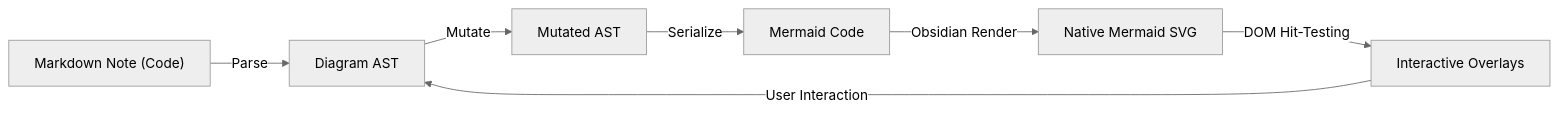
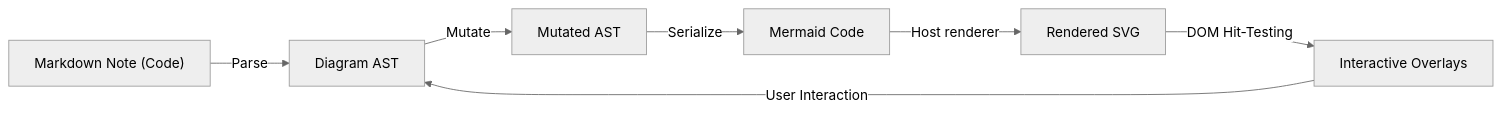
Before and after one commit to dev-hashemi/merlay: the diagram in ARCHITECTURE.md, drawn with Mermaid (neutral theme). The commit also changed other lines of this file and 4 other files, not shown here.

Commit message:
docs: clarify diagram support and summarize known issues

````diff
--- a/ARCHITECTURE.md
+++ b/ARCHITECTURE.md
@@ -18,9 +18,9 @@
 ```mermaid
 flowchart LR
     MD["Markdown Note (Code)"] -->|Parse| AST["Diagram AST"]
     AST -->|Mutate| AST2["Mutated AST"]
     AST2 -->|Serialize| MMD["Mermaid Code"]
-    MMD -->|Obsidian Render| SVG["Native Mermaid SVG"]
+    MMD -->|Host renderer| SVG["Rendered SVG"]
     SVG -->|DOM Hit-Testing| OV["Interactive Overlays"]
     OV -->|User Interaction| AST
 ```
````
